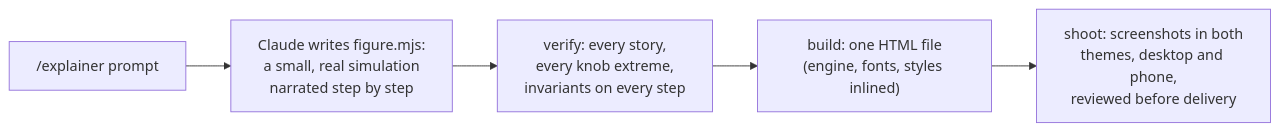
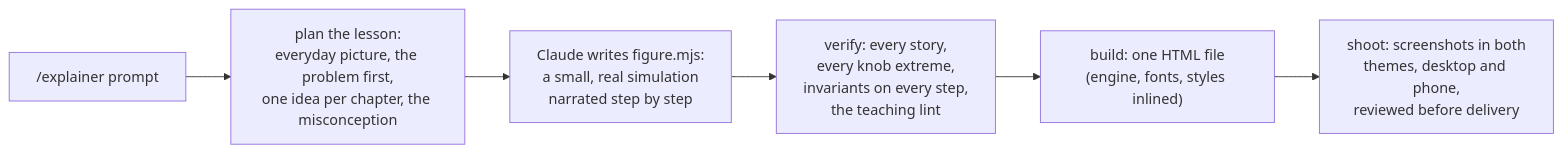
One commit to irfanalimd/explainer changed the diagram in README.md. Above: the diagram before and after it, drawn with Mermaid. The commit also changed other lines of this file and 12 other files, not shown here.

````diff
--- a/README.md
+++ b/README.md
@@ -83,7 +109,8 @@
 ```mermaid
 flowchart LR
-  A["/explainer prompt"] --> B["Claude writes figure.mjs:<br/>a small, real simulation<br/>narrated step by step"]
-  B --> C["verify: every story,<br/>every knob extreme,<br/>invariants on every step"]
+  A["/explainer prompt"] --> P["plan the lesson:<br/>everyday picture, the problem first,<br/>one idea per chapter, the misconception"]
+  P --> B["Claude writes figure.mjs:<br/>a small, real simulation<br/>narrated step by step"]
+  B --> C["verify: every story,<br/>every knob extreme,<br/>invariants on every step,<br/>the teaching lint"]
   C --> D["build: one HTML file<br/>(engine, fonts, styles inlined)"]
   D --> E["shoot: screenshots in both<br/>themes, desktop and phone,<br/>reviewed before delivery"]
 ```
````
